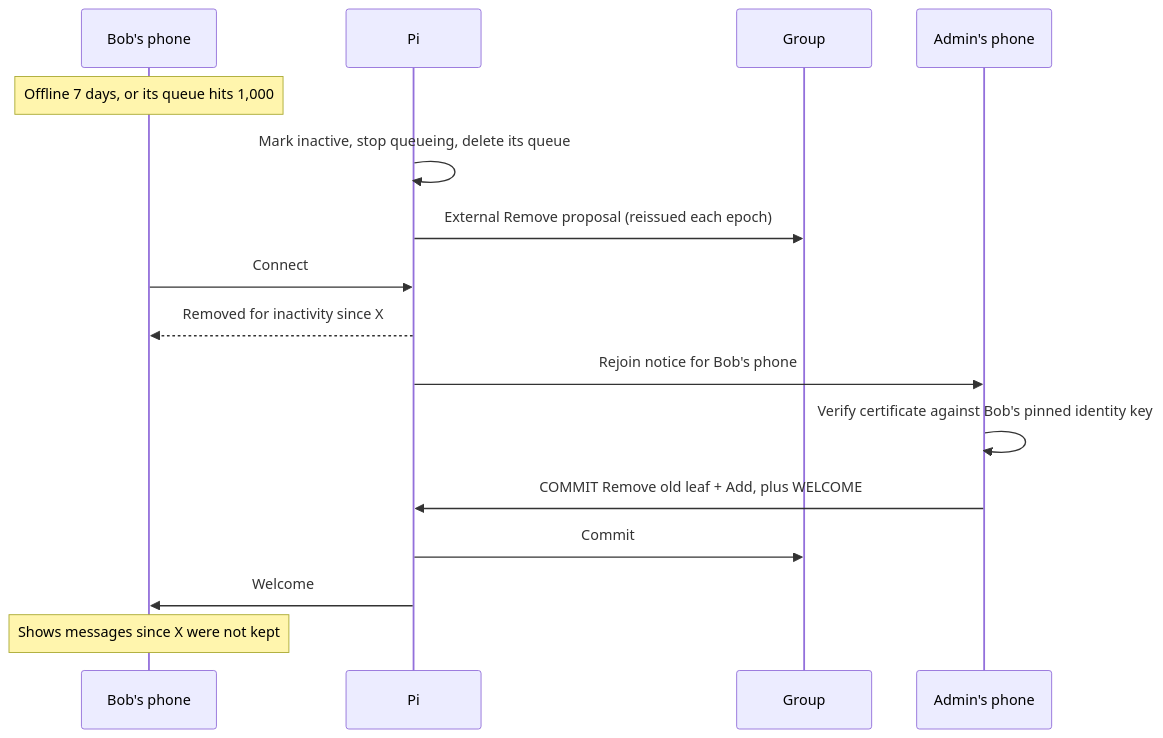
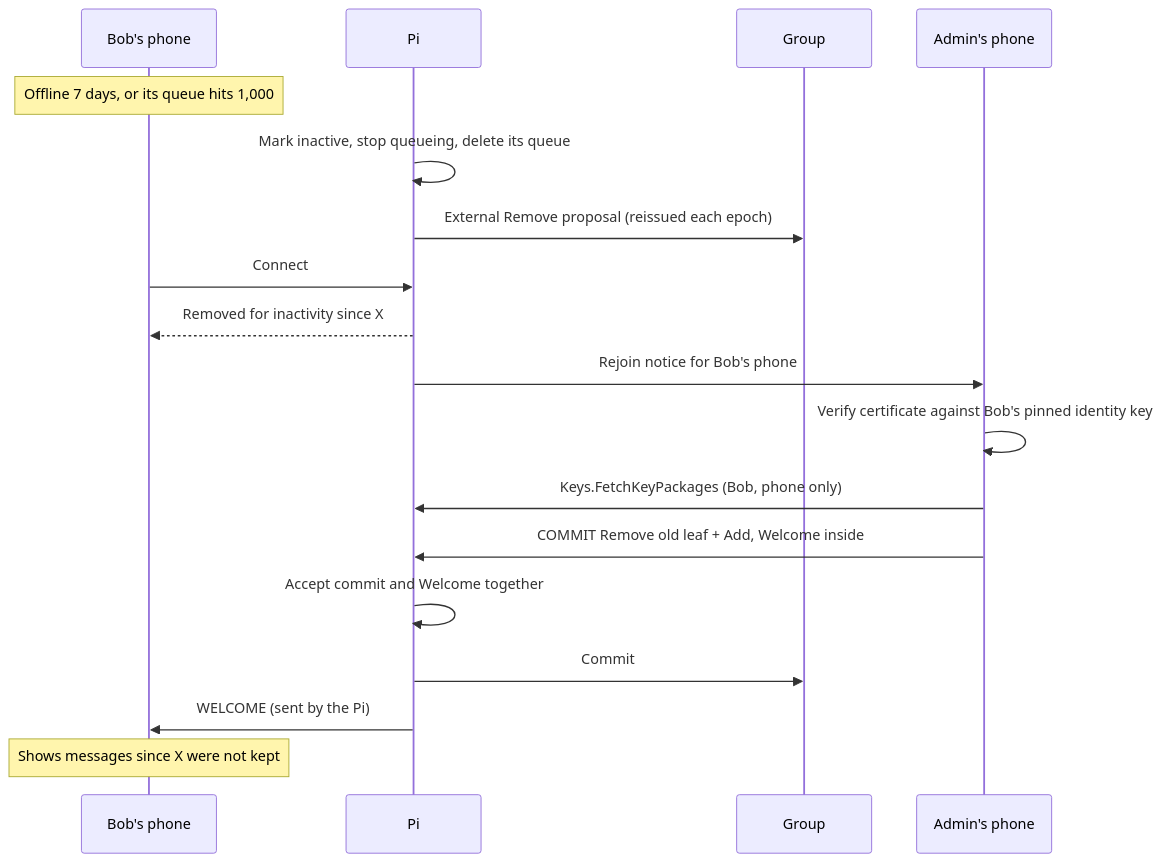
Before and after one commit to koppathachan/vyajena: the fourth of 5 diagrams in openspec/changes/core-wire-protocol/design.md, drawn with Mermaid. The commit also changed other lines of this file and 11 other files, not shown here.

````diff
--- a/openspec/changes/core-wire-protocol/design.md
+++ b/openspec/changes/core-wire-protocol/design.md
@@ -242,18 +247,20 @@
 ```mermaid
 sequenceDiagram
   participant D as Bob's phone
   participant P as Pi
   participant G as Group
   participant A as Admin's phone
   Note over D: Offline 7 days, or its queue hits 1,000
   P->>P: Mark inactive, stop queueing, delete its queue
   P->>G: External Remove proposal (reissued each epoch)
   D->>P: Connect
   P-->>D: Removed for inactivity since X
   P->>A: Rejoin notice for Bob's phone
   A->>A: Verify certificate against Bob's pinned identity key
-  A->>P: COMMIT Remove old leaf + Add, plus WELCOME
+  A->>P: Keys.FetchKeyPackages (Bob, phone only)
+  A->>P: COMMIT Remove old leaf + Add, Welcome inside
+  P->>P: Accept commit and Welcome together
   P->>G: Commit
-  P->>D: Welcome
+  P->>D: WELCOME (sent by the Pi)
   Note over D: Shows messages since X were not kept
 ```
````
